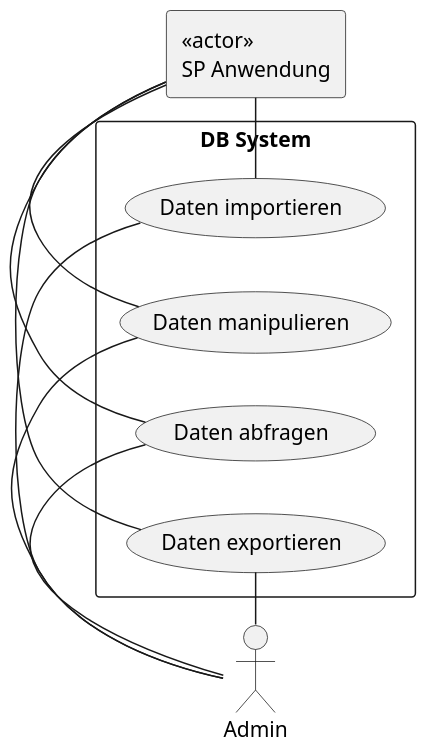
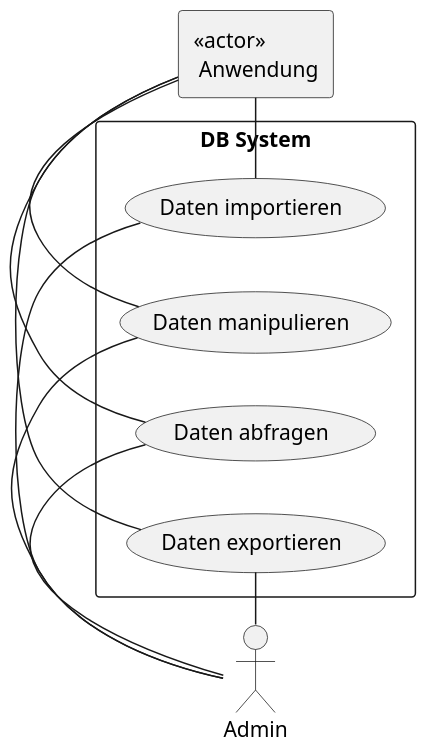
One commit to wagnst/forecast-cassandra changed the diagram in Use Case 1.puml. Above: the diagram before and after it, drawn with PlantUML. The commit also changed 3 other files, not shown here.

Commit message:
Deploymentdiagramm hinzugefügt Kontextdiagramm final Use Case angepasst

```diff
--- a/Use Case 1.puml
+++ b/Use Case 1.puml
@@ -1,28 +1,28 @@
 @startuml
 left to right direction
 skinparam packageStyle rect
 skinparam monochrome true
 scale 1.5
 
 actor Admin
 
-rectangle "<<actor>>\nSP Anwendung" as Anwendung
+rectangle "<<actor>>\n Anwendung" as Anwendung
 
 rectangle "DB System" as DBSystem {
 	(Daten importieren)
 	(Daten abfragen)
 	(Daten manipulieren)
 	(Daten exportieren)
 }
 
 Admin -right- (Daten importieren)
 Admin -right- (Daten manipulieren)
 Admin -right- (Daten abfragen)
 Admin -right- (Daten exportieren)
 
 Anwendung -left- (Daten importieren)
 Anwendung -left- (Daten manipulieren)
 Anwendung -left- (Daten abfragen)
 Anwendung -left- (Daten exportieren)
 
 @enduml
```
